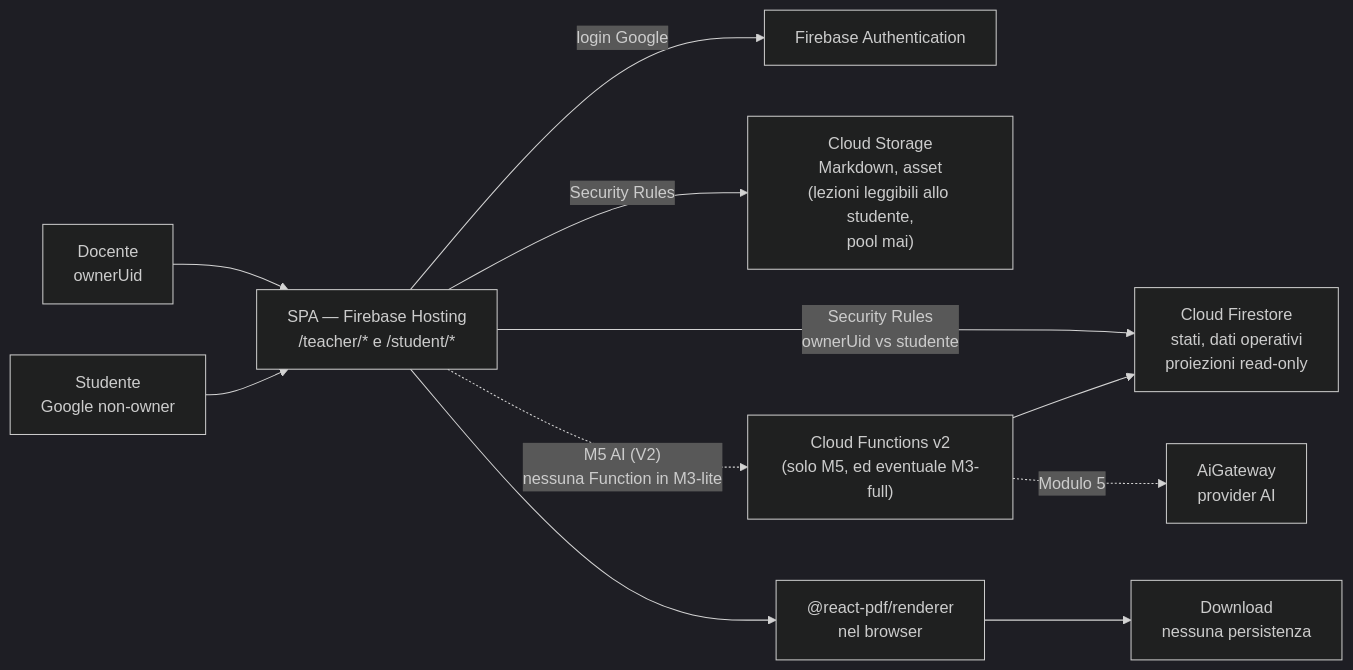
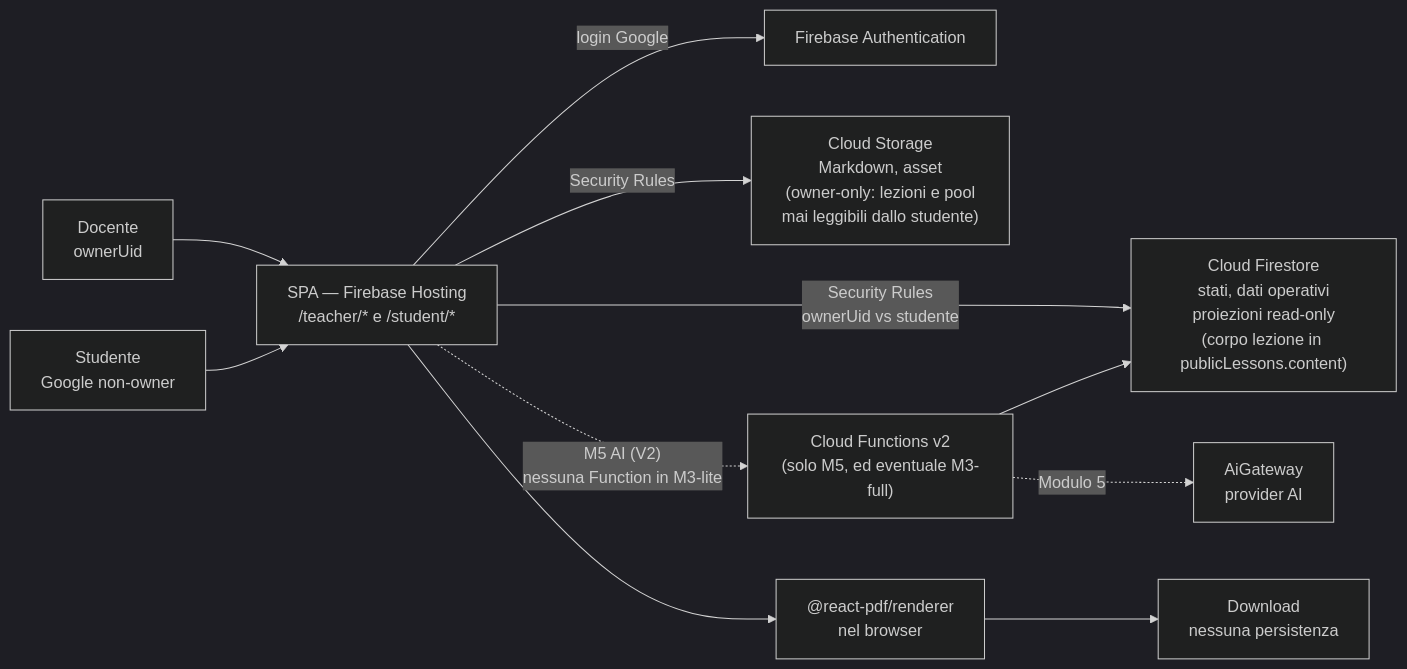
One commit to EnricoPaparo/SchoolForge changed the first of 3 diagrams in documentazione/architettura.md. Above: the diagram before and after it, drawn with Mermaid (dark theme). The commit also changed other lines of this file and 24 other files, not shown here.

First line of the commit message:
M3F-08 — Proiezione sicura del corpo lezioni in publicLessons, chiusura accesso studente a Storage

````diff
--- a/documentazione/architettura.md
+++ b/documentazione/architettura.md
@@ -190,16 +198,16 @@
 ```mermaid
 flowchart LR
     D["Docente\nownerUid"] --> SPA["SPA — Firebase Hosting\n/teacher/* e /student/*"]
     S["Studente\nGoogle non-owner"] --> SPA
 
     SPA -->|"login Google"| A["Firebase Authentication"]
-    SPA -->|"Security Rules\nownerUid vs studente"| F["Cloud Firestore\nstati, dati operativi\nproiezioni read-only"]
-    SPA -->|"Security Rules"| CS["Cloud Storage\nMarkdown, asset\n(lezioni leggibili allo studente,\npool mai)"]
+    SPA -->|"Security Rules\nownerUid vs studente"| F["Cloud Firestore\nstati, dati operativi\nproiezioni read-only\n(corpo lezione in publicLessons.content)"]
+    SPA -->|"Security Rules"| CS["Cloud Storage\nMarkdown, asset\n(owner-only: lezioni e pool\nmai leggibili dallo studente)"]
     SPA -.->|"M5 AI (V2)\nnessuna Function in M3-lite"| CF["Cloud Functions v2\n(solo M5, ed eventuale M3-full)"]
 
     CF --> F
     CF -. "Modulo 5" .-> AI["AiGateway\nprovider AI"]
 
     SPA --> PDF["@react-pdf/renderer\nnel browser"]
     PDF --> DL["Download\nnessuna persistenza"]
 ```
````
